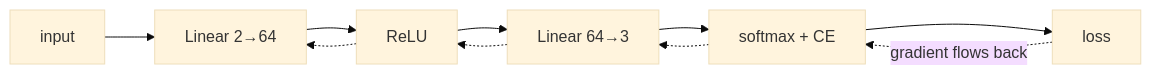
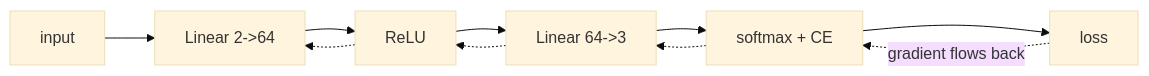
The diagram in README.md (tahasiddiquii/neural-net-from-scratch), drawn with Mermaid (base theme) before and after one commit. The commit also changed other lines of this file, not shown here.

````diff
--- a/README.md
+++ b/README.md
@@ -29,5 +29,5 @@
 ```mermaid
 flowchart LR
-    X[input] --> L1[Linear 2→64] --> R[ReLU] --> L2[Linear 64→3] --> S[softmax + CE] --> LOSS[loss]
+    X[input] --> L1[Linear 2->64] --> R[ReLU] --> L2[Linear 64->3] --> S[softmax + CE] --> LOSS[loss]
     LOSS -. gradient flows back .-> S -.-> L2 -.-> R -.-> L1
 ```
````
